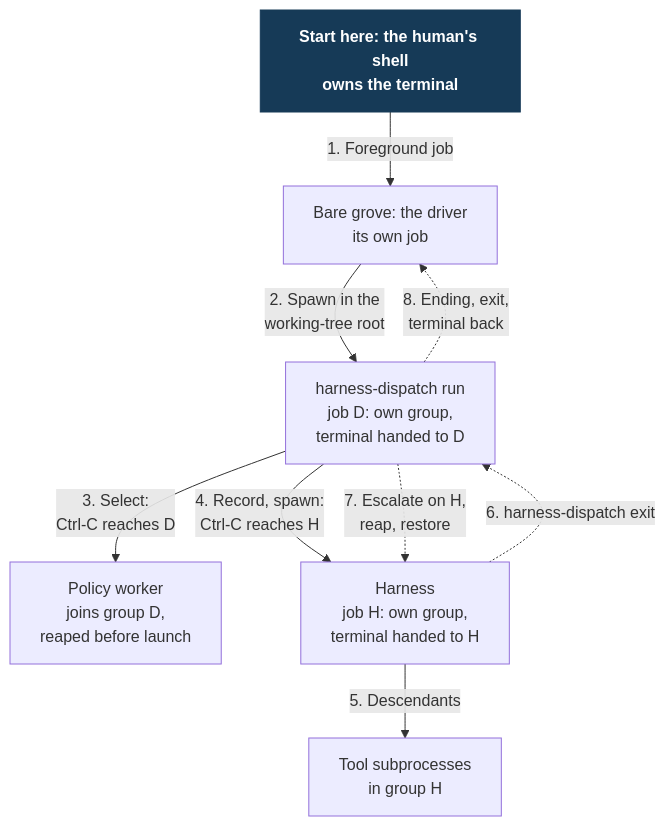
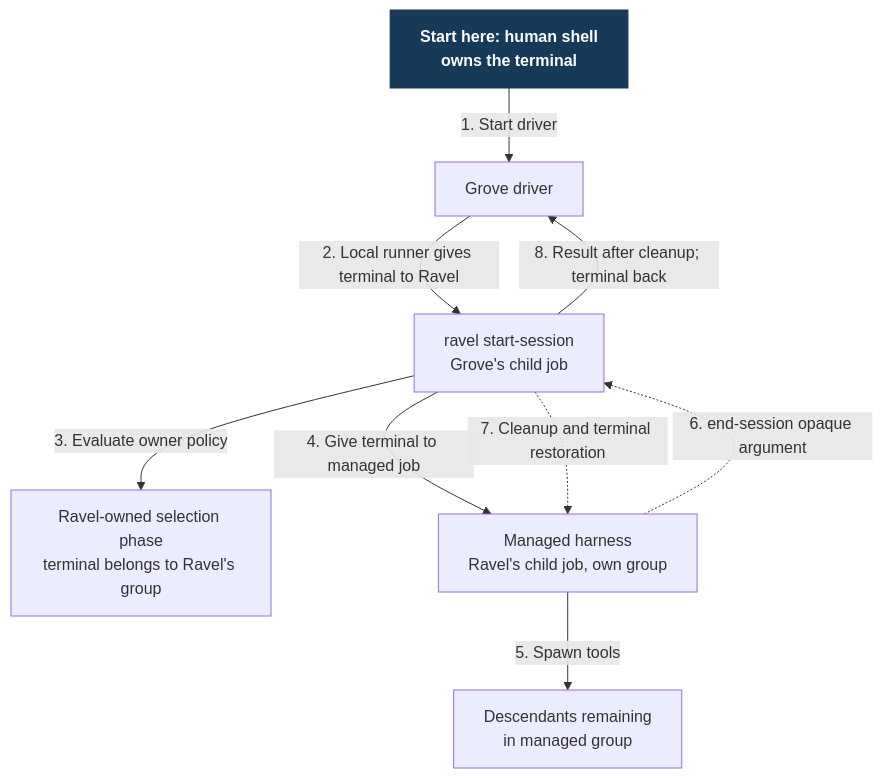
The diagram in docs/design/harness-selection-and-execution/chain.mmd (Linkuistics/grove), drawn with Mermaid before and after one commit. The commit also changed 18 other files, not shown here.

Commit message:
grove-ravel-caller-views-k56: reconcile caller spec and views; decompose grove-ravel-docs-k12

```diff
--- a/docs/design/harness-selection-and-execution/chain.mmd
+++ b/docs/design/harness-selection-and-execution/chain.mmd
@@ -1,16 +1,21 @@
 flowchart TB
-  Shell["Start here: the human's shell\nowns the terminal"]:::start
-  Driver["Bare grove: the driver\nits own job"]
-  Dispatch["harness-dispatch run\njob D: own group,\nterminal handed to D"]
-  Worker["Policy worker\njoins group D,\nreaped before launch"]
-  Harness["Harness\njob H: own group,\nterminal handed to H"]
-  Tools["Tool subprocesses\nin group H"]
-  Shell -->|"1. Foreground job"| Driver
-  Driver -->|"2. Spawn in the\nworking-tree root"| Dispatch
-  Dispatch -->|"3. Select:\nCtrl-C reaches D"| Worker
-  Dispatch -->|"4. Record, spawn:\nCtrl-C reaches H"| Harness
-  Harness -->|"5. Descendants"| Tools
-  Harness -.->|"6. harness-dispatch exit"| Dispatch
-  Dispatch -.->|"7. Escalate on H,\nreap, restore"| Harness
-  Dispatch -.->|"8. Ending, exit,\nterminal back"| Driver
+  Shell["Start here: human shell
+owns the terminal"]:::start
+  Driver["Grove driver"]
+  Ravel["ravel start-session
+Grove's child job"]
+  Selection["Ravel-owned selection phase
+terminal belongs to Ravel's group"]
+  Harness["Managed harness
+Ravel's child job, own group"]
+  Tools["Descendants remaining
+in managed group"]
+  Shell -->|"1. Start driver"| Driver
+  Driver -->|"2. Local runner gives terminal to Ravel"| Ravel
+  Ravel -->|"3. Evaluate owner policy"| Selection
+  Ravel -->|"4. Give terminal to managed job"| Harness
+  Harness -->|"5. Spawn tools"| Tools
+  Harness -.->|"6. end-session opaque argument"| Ravel
+  Ravel -.->|"7. Cleanup and terminal restoration"| Harness
+  Ravel -->|"8. Result after cleanup; terminal back"| Driver
   classDef start fill:#163a57,color:#fff,stroke:#163a57,font-weight:bold
```
